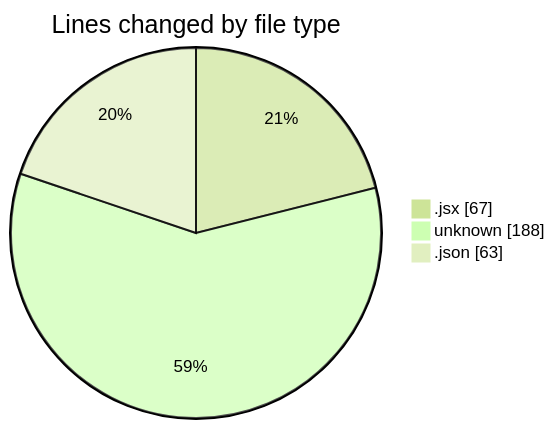
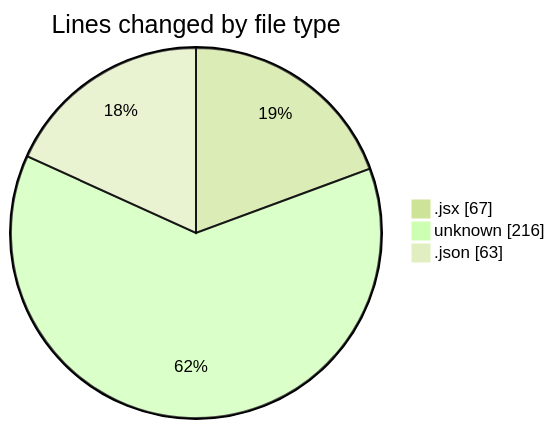
One commit to Elitesun/code-tracking changed the first of 2 diagrams in 2025-02-05/react_ecom/README.md. Above: the diagram before and after it, drawn with Mermaid (forest theme). The commit also changed other lines of this file and 1 other file, not shown here.

````diff
--- a/2025-02-05/react_ecom/README.md
+++ b/2025-02-05/react_ecom/README.md
@@ -25,7 +26,7 @@
 ```mermaid
 pie showData
 title Lines changed by file type
 ".jsx" : 67
-"unknown" : 188
+"unknown" : 216
 ".json" : 63
 ```
````
